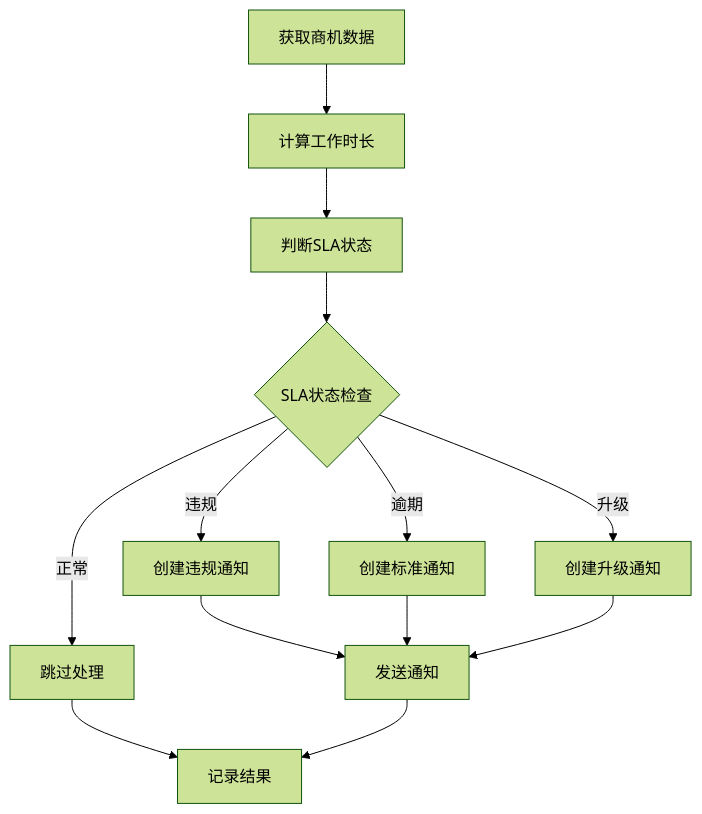
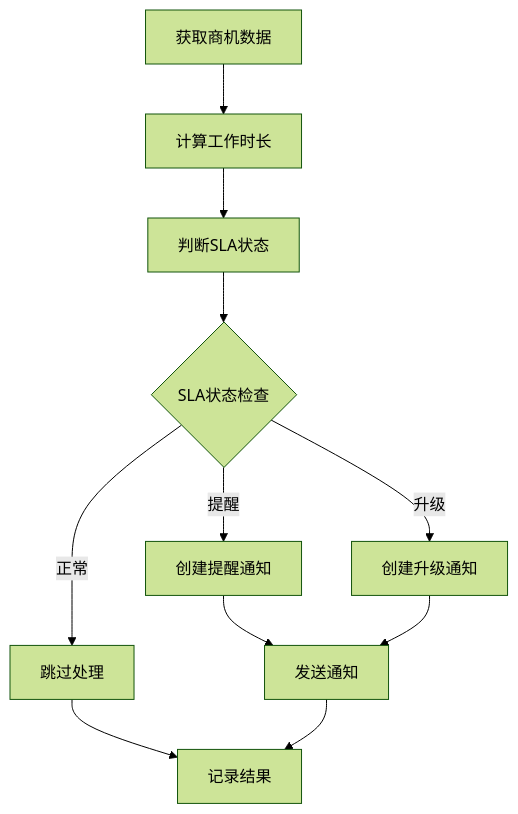
The fourth of 4 diagrams in docs/12_SLA_DESIGN.md (franksunye/FSOpsAssistant), drawn with Mermaid (forest theme) before and after one commit. The commit also changed other lines of this file and 2 other files, not shown here.

````diff
--- a/docs/12_SLA_DESIGN.md
+++ b/docs/12_SLA_DESIGN.md
@@ -933,15 +973,13 @@
 ```mermaid
 graph TD
     A[获取商机数据] --> B[计算工作时长]
     B --> C[判断SLA状态]
     C --> D{SLA状态检查}
-    D -->|违规| E[创建违规通知]
-    D -->|逾期| F[创建标准通知]
-    D -->|升级| G[创建升级通知]
-    D -->|正常| H[跳过处理]
-    E --> I[发送通知]
-    F --> I
-    G --> I
-    H --> J[记录结果]
-    I --> J
+    D -->|提醒| E[创建提醒通知]
+    D -->|升级| F[创建升级通知]
+    D -->|正常| G[跳过处理]
+    E --> H[发送通知]
+    F --> H
+    G --> I[记录结果]
+    H --> I
 ```
````
